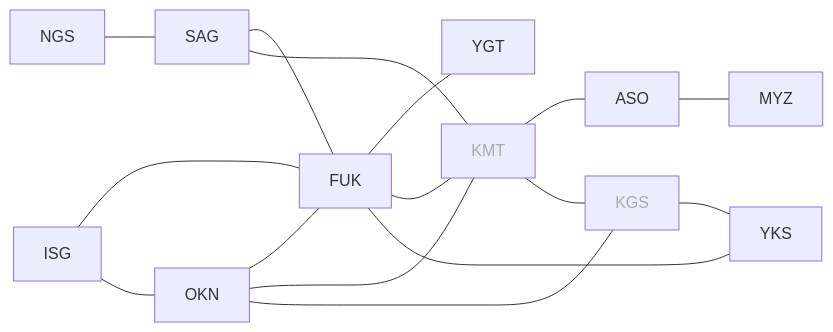
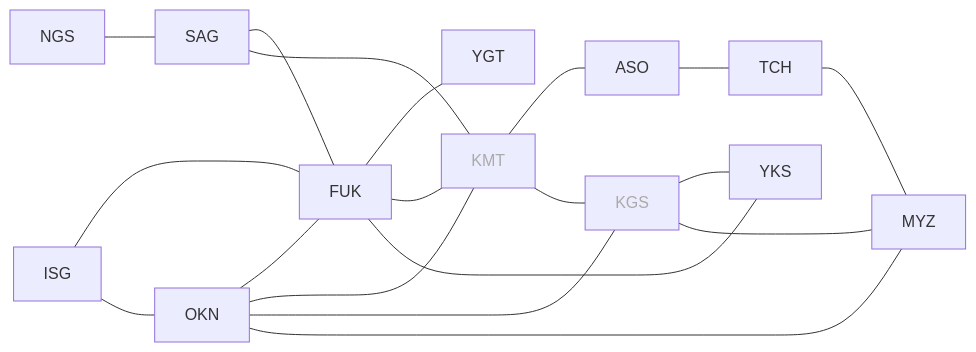
The third of 3 diagrams in README.md (kendid/text-tests), drawn with Mermaid before and after one commit.

````diff
--- a/README.md
+++ b/README.md
@@ -44,20 +44,23 @@
 ```mermaid
 flowchart LR
     FUK --- YGT
     SAG --- FUK
     NGS --- SAG
     FUK --- KMT
     SAG --- KMT
     KMT --- ASO
-    ASO --- MYZ
+    ASO --- TCH
+    TCH --- MYZ
     KMT --- KGS
     KGS --- YKS
+    KGS --- MYZ
     FUK --- YKS
     OKN --- FUK
     OKN --- KMT
     OKN --- KGS
+    OKN --- MYZ
     ISG --- FUK
     ISG --- OKN
     style KMT color:#aaa
     style KGS color:#aaa
 ```
````
